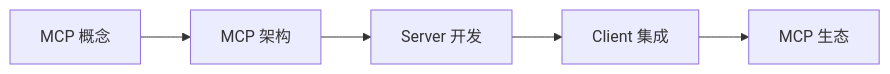
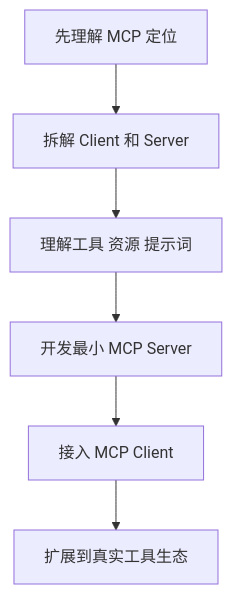
Before and after one commit to oudbiao/AI-fullstack-course: the second of 3 diagrams in docs/stage9/ch05-mcp/00-roadmap.md, drawn with Mermaid. The commit also changed other lines of this file and 95 other files, not shown here.

````diff
--- a/docs/stage9/ch05-mcp/00-roadmap.md
+++ b/docs/stage9/ch05-mcp/00-roadmap.md
@@ -16,7 +42,8 @@
 ```mermaid
-flowchart LR
-    A["MCP 概念"] --> B["MCP 架构"]
-    B --> C["Server 开发"]
-    C --> D["Client 集成"]
-    D --> E["MCP 生态"]
+flowchart TD
+  A[先理解 MCP 定位] --> B[拆解 Client 和 Server]
+  B --> C[理解工具 资源 提示词]
+  C --> D[开发最小 MCP Server]
+  D --> E[接入 MCP Client]
+  E --> F[扩展到真实工具生态]
 ```
````
